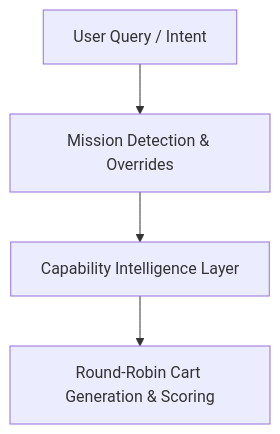
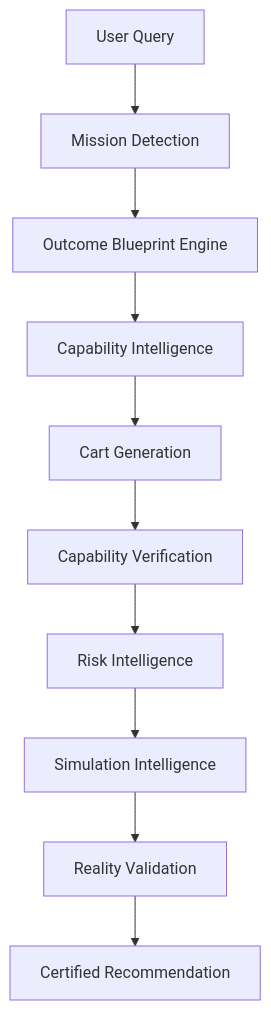
The diagram in README.md (YESH-ctrl/LifeGraph), drawn with Mermaid before and after one commit. The commit also changed other lines of this file and 16 other files, not shown here.

Commit message:
feat: Backend Consolidation Sprint - unify Outcome Intelligence Platform, introduce blueprints and remove legacy matches

````diff
--- a/README.md
+++ b/README.md
@@ -9,6 +12,12 @@
 ```mermaid
 graph TD
-    Query[User Query / Intent] --> Mission[Mission Detection & Overrides]
-    Mission --> Capabilities[Capability Intelligence Layer]
-    Capabilities --> Products[Round-Robin Cart Generation & Scoring]
+    Q[User Query] --> MD[Mission Detection]
+    MD --> OBE[Outcome Blueprint Engine]
+    OBE --> CI[Capability Intelligence]
+    CI --> CG[Cart Generation]
+    CG --> CV[Capability Verification]
+    CV --> RI[Risk Intelligence]
+    RI --> SI[Simulation Intelligence]
+    SI --> RV[Reality Validation]
+    RV --> CR[Certified Recommendation]
 ```
````
